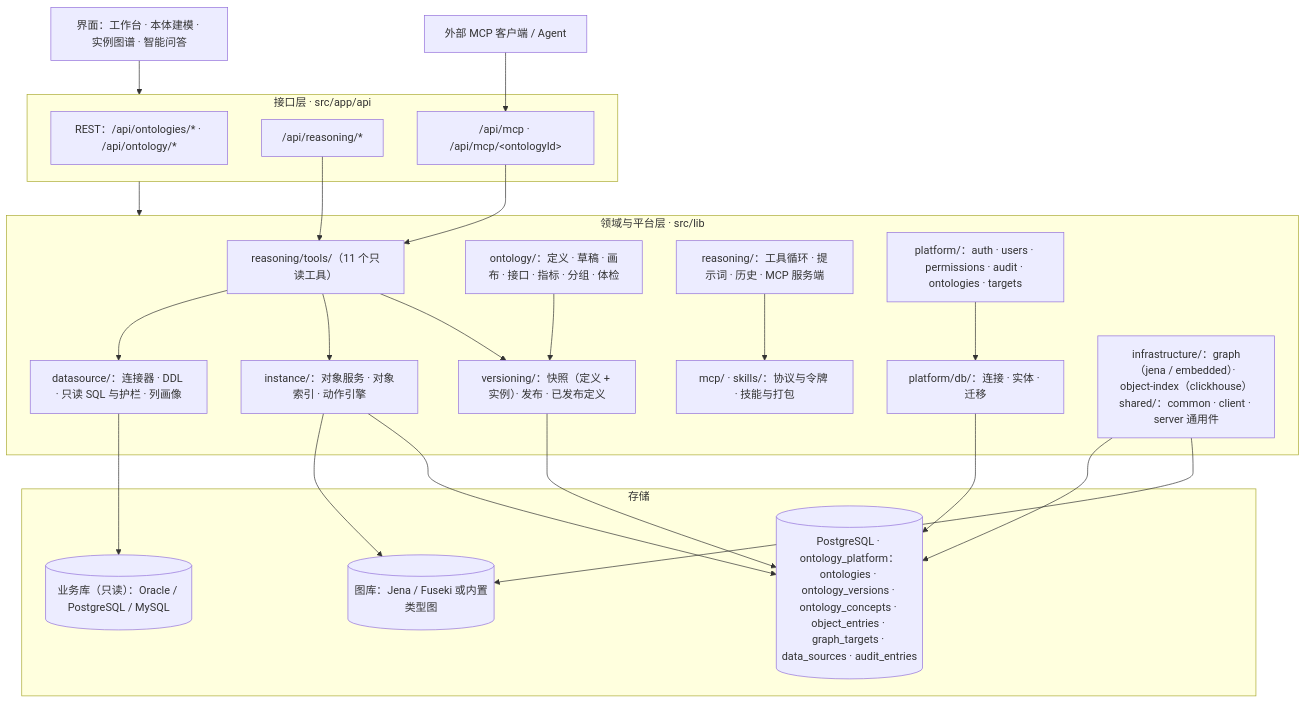
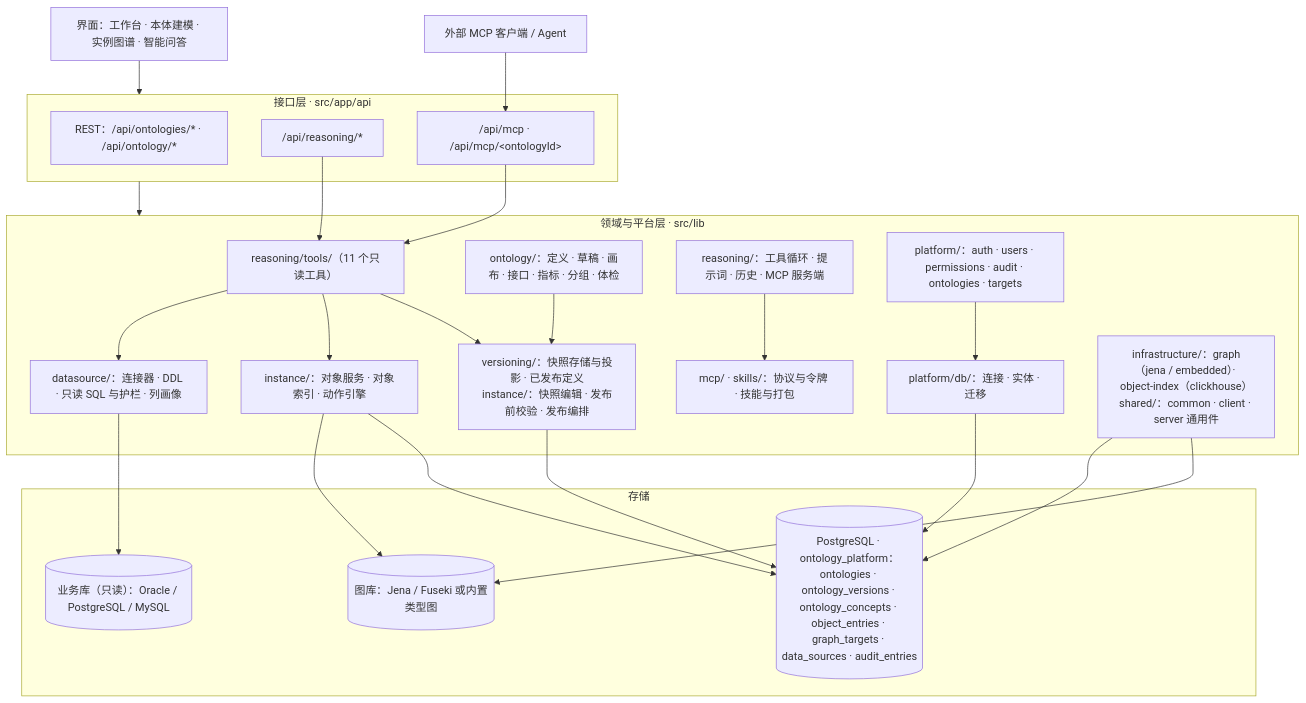
Before and after one commit to shell-nlp/ontology_management: the second of 2 diagrams in README.md, drawn with Mermaid. The commit also changed other lines of this file and 51 other files, not shown here.

````diff
--- a/README.md
+++ b/README.md
@@ -785,49 +785,49 @@
 ```mermaid
 flowchart TB
   UI["界面：工作台 · 本体建模 · 实例图谱 · 智能问答"]
   EXT["外部 MCP 客户端 / Agent"]
 
   subgraph L_API["接口层 · src/app/api"]
     REST["REST：/api/ontologies/* · /api/ontology/*"]
     RUN["/api/reasoning/*"]
     MCPE["/api/mcp · /api/mcp/&lt;ontologyId&gt;"]
   end
 
   subgraph L_DOMAIN["领域与平台层 · src/lib"]
     TOOLS["reasoning/tools/（11 个只读工具）"]
     ONTO["ontology/：定义 · 草稿 · 画布 · 接口 · 指标 · 分组 · 体检"]
-    VER["versioning/：快照（定义 + 实例）· 发布 · 已发布定义"]
+    VER["versioning/：快照存储与投影 · 已发布定义<br/>instance/：快照编辑 · 发布前校验 · 发布编排"]
     INST["instance/：对象服务 · 对象索引 · 动作引擎"]
     DS["datasource/：连接器 · DDL · 只读 SQL 与护栏 · 列画像"]
     REA["reasoning/：工具循环 · 提示词 · 历史 · MCP 服务端"]
     MS["mcp/ · skills/：协议与令牌 · 技能与打包"]
     PLAT["platform/：auth · users · permissions · audit · ontologies · targets"]
     DBM["platform/db/：连接 · 实体 · 迁移"]
     INFRA["infrastructure/：graph（jena / embedded）· object-index（clickhouse）<br/>shared/：common · client · server 通用件"]
   end
 
   subgraph L_STORE["存储"]
     PG[("PostgreSQL · ontology_platform：ontologies · ontology_versions · ontology_concepts · object_entries · graph_targets · data_sources · audit_entries")]
     GRAPH[("图库：Jena / Fuseki 或内置类型图")]
     BIZ[("业务库（只读）：Oracle / PostgreSQL / MySQL")]
   end
 
   UI --> L_API
   EXT --> MCPE
   L_API --> L_DOMAIN
   RUN --> TOOLS
   MCPE --> TOOLS
   TOOLS --> VER
   TOOLS --> INST
   TOOLS --> DS
   ONTO --> VER
   VER --> PG
   INST --> PG
   INST --> GRAPH
   DS --> BIZ
   PLAT --> DBM
   DBM --> PG
   INFRA --> GRAPH
   INFRA --> PG
   REA --> MS
 ```
````
